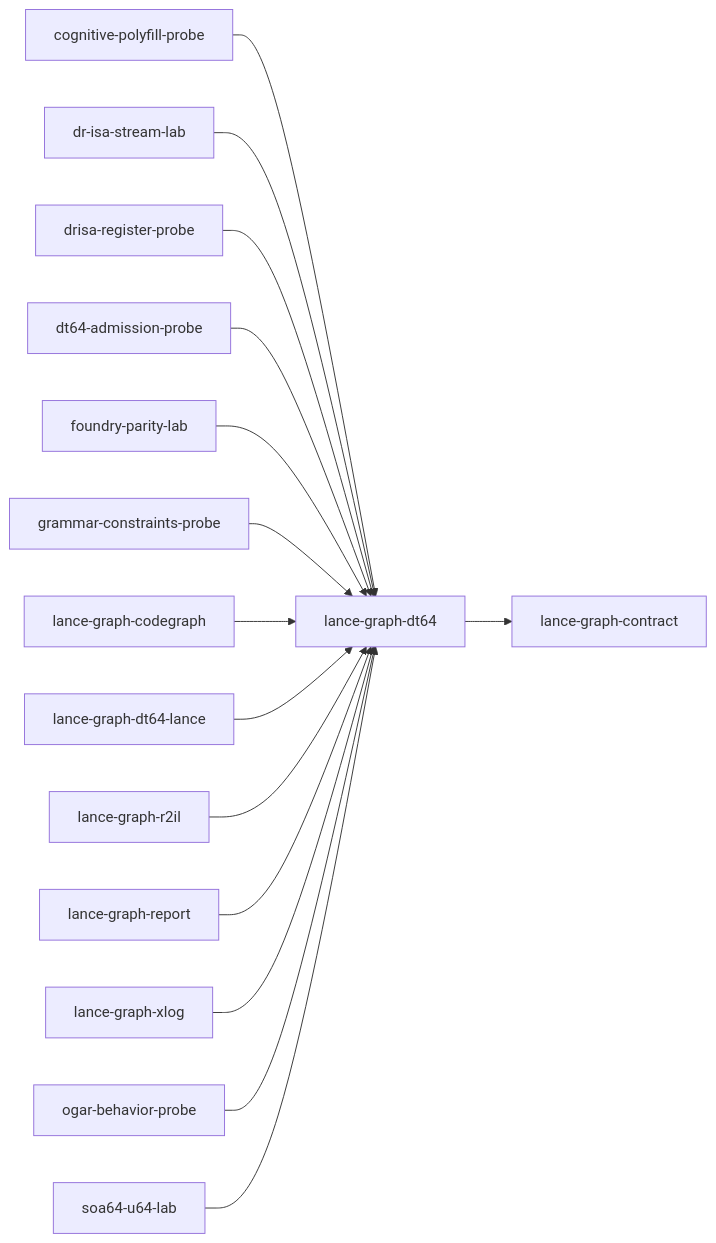
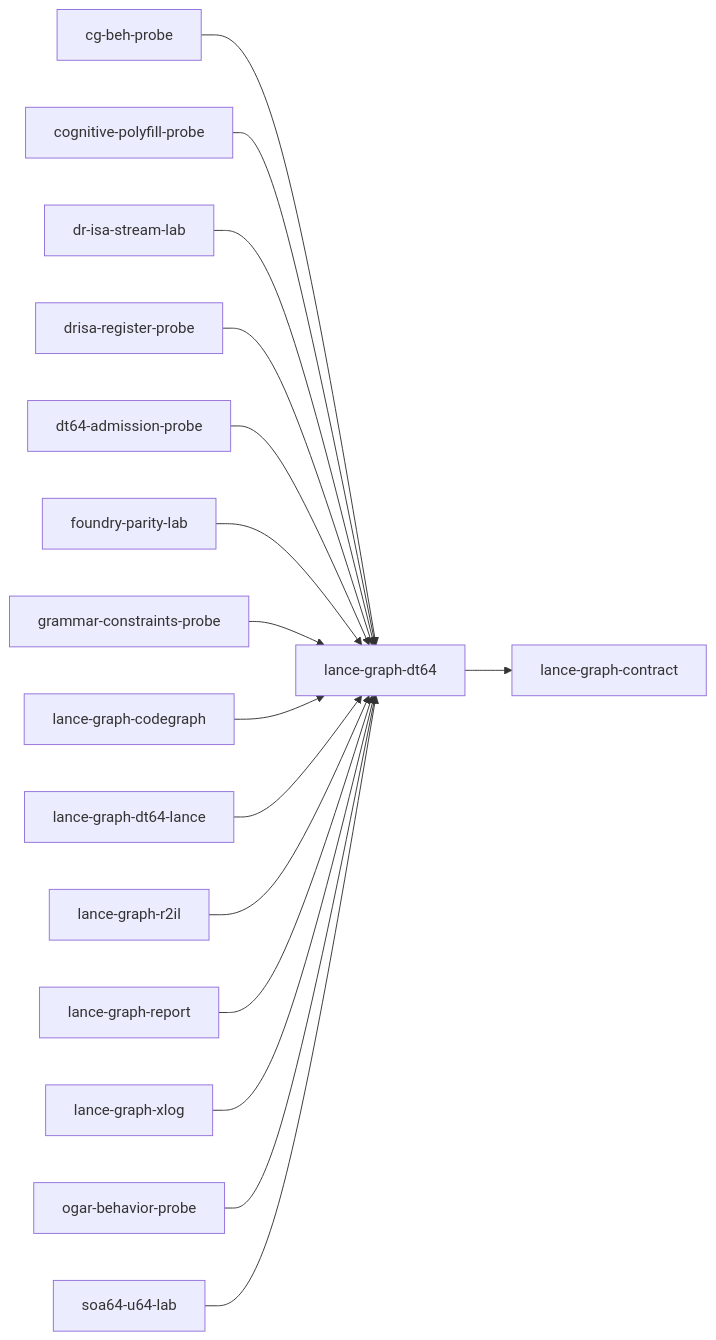
The diagram in .codegraph/crates/lance-graph-dt64.index.md (AdaWorldAPI/lance-graph), drawn with Mermaid before and after one commit. The commit also changed other lines of this file and 110 other files, not shown here.

````diff
--- a/.codegraph/crates/lance-graph-dt64.index.md
+++ b/.codegraph/crates/lance-graph-dt64.index.md
@@ -265,32 +266,34 @@
 ```mermaid
 flowchart LR
-  n5["cognitive-polyfill-probe"]
-  n12["dr-isa-stream-lab"]
-  n14["drisa-register-probe"]
-  n15["dt64-admission-probe"]
-  n18["foundry-parity-lab"]
-  n20["grammar-constraints-probe"]
-  n36["lance-graph-codegraph"]
-  n39["lance-graph-contract"]
-  n42["lance-graph-dt64"]
-  n43["lance-graph-dt64-lance"]
-  n58["lance-graph-r2il"]
-  n61["lance-graph-report"]
-  n66["lance-graph-xlog"]
-  n70["ogar-behavior-probe"]
-  n81["soa64-u64-lab"]
-  n5 --> n42
-  n12 --> n42
-  n14 --> n42
-  n15 --> n42
-  n18 --> n42
-  n20 --> n42
-  n36 --> n42
-  n42 --> n39
-  n43 --> n42
-  n58 --> n42
-  n61 --> n42
-  n66 --> n42
-  n70 --> n42
-  n81 --> n42
+  n4["cg-beh-probe"]
+  n6["cognitive-polyfill-probe"]
+  n13["dr-isa-stream-lab"]
+  n15["drisa-register-probe"]
+  n16["dt64-admission-probe"]
+  n19["foundry-parity-lab"]
+  n21["grammar-constraints-probe"]
+  n37["lance-graph-codegraph"]
+  n40["lance-graph-contract"]
+  n43["lance-graph-dt64"]
+  n44["lance-graph-dt64-lance"]
+  n59["lance-graph-r2il"]
+  n62["lance-graph-report"]
+  n67["lance-graph-xlog"]
+  n71["ogar-behavior-probe"]
+  n82["soa64-u64-lab"]
+  n4 --> n43
+  n6 --> n43
+  n13 --> n43
+  n15 --> n43
+  n16 --> n43
+  n19 --> n43
+  n21 --> n43
+  n37 --> n43
+  n43 --> n40
+  n44 --> n43
+  n59 --> n43
+  n62 --> n43
+  n67 --> n43
+  n71 --> n43
+  n82 --> n43
 ```
````
